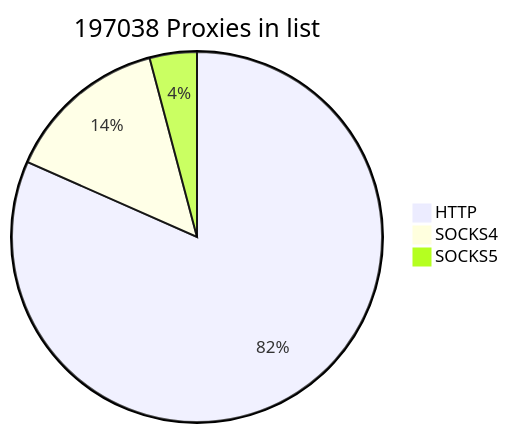
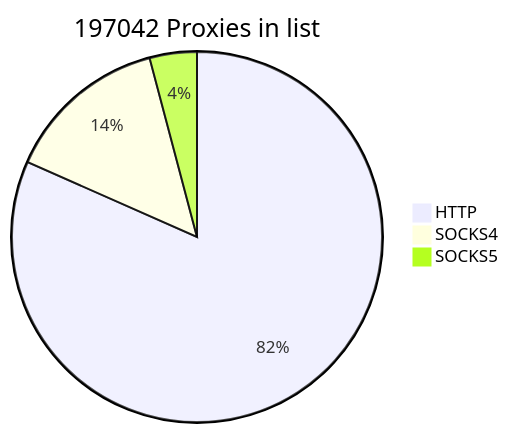
One commit to cutipu/proxylist changed the first of 2 diagrams in README.md. Above: the diagram before and after it, drawn with Mermaid. The commit also changed other lines of this file, not shown here.

````diff
--- a/README.md
+++ b/README.md
@@ -2,7 +2,7 @@
 ```mermaid
-pie title 197038 Proxies in list
-    "HTTP" : 160836
-    "SOCKS4" : 28085
+pie title 197042 Proxies in list
+    "HTTP" : 160837
+    "SOCKS4" : 28088
     "SOCKS5" : 8117
             
 ```
````
